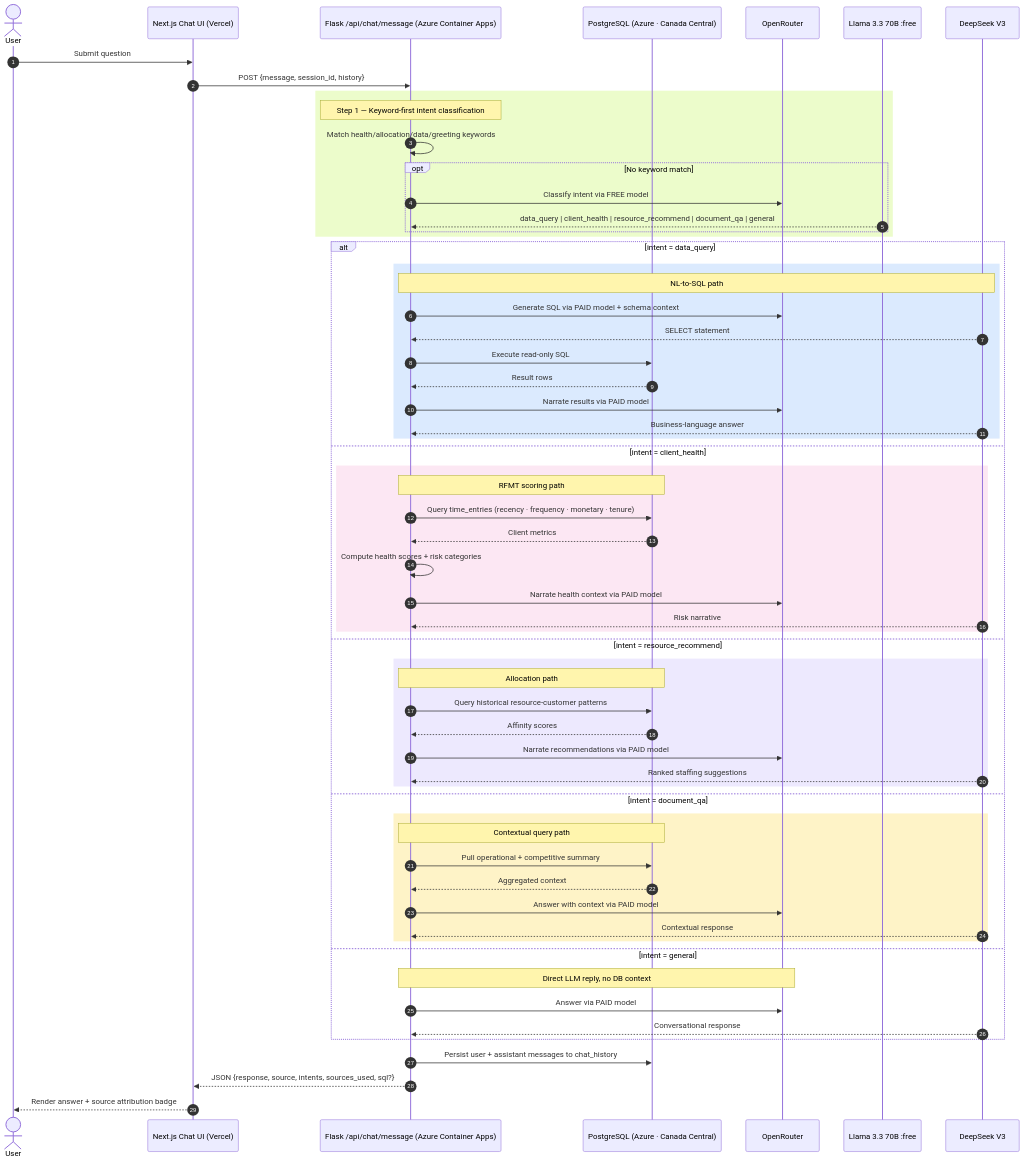
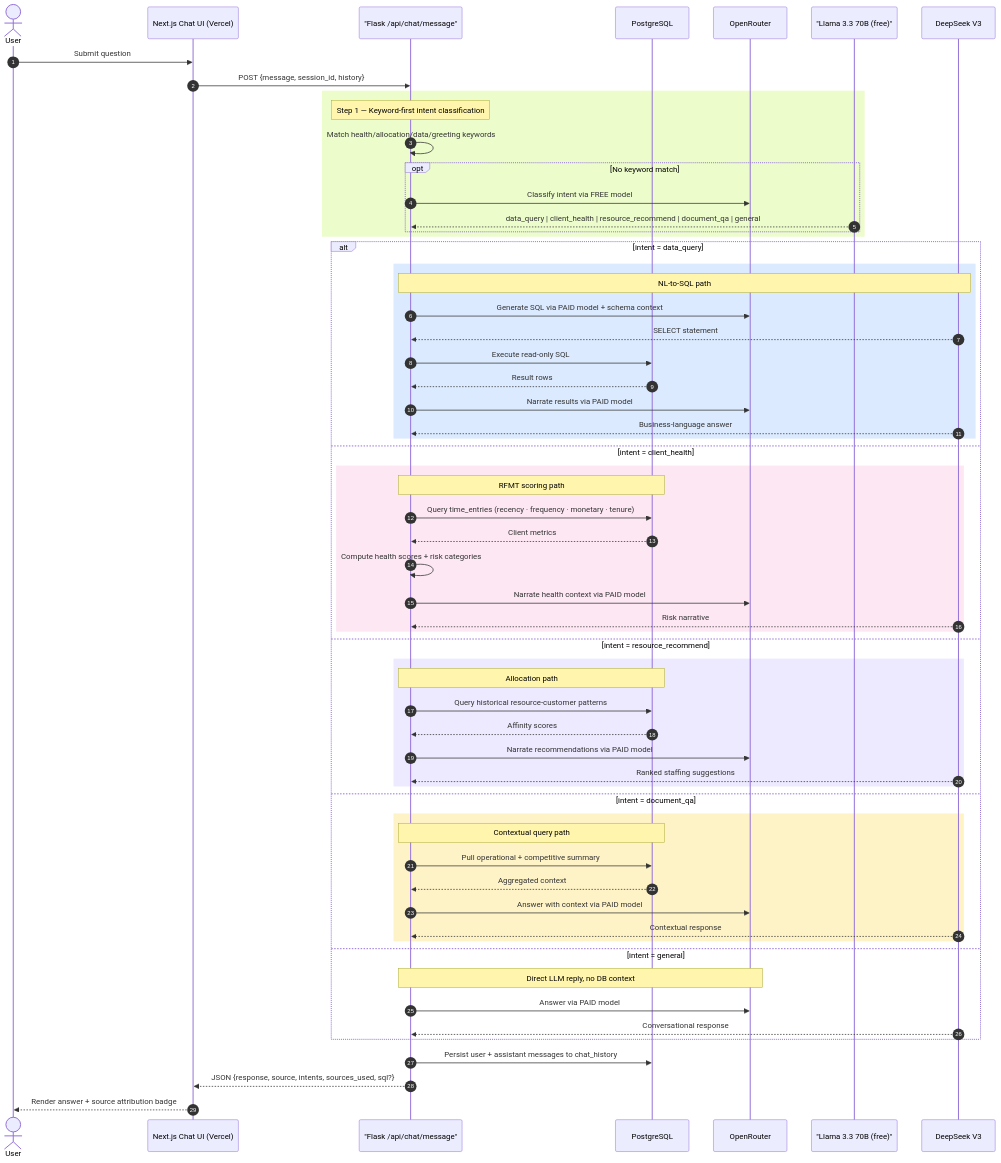
The diagram in docs/diagrams/05-chat-lifecycle.md (lawrence-dass/steeves-and-associates), drawn with Mermaid before and after one commit. The commit also changed 3 other files, not shown here.

First line of the commit message:
fix(docs): resolve Mermaid parse errors across all diagram files

````diff
--- a/docs/diagrams/05-chat-lifecycle.md
+++ b/docs/diagrams/05-chat-lifecycle.md
@@ -3,72 +3,72 @@
 ```mermaid
 sequenceDiagram
   autonumber
   actor U as User
   participant UI as Next.js Chat UI (Vercel)
-  participant API as Flask /api/chat/message (Azure Container Apps)
-  participant DB as PostgreSQL (Azure · Canada Central)
+  participant API as "Flask /api/chat/message"
+  participant DB as PostgreSQL
   participant OR as OpenRouter
-  participant FREE as Llama 3.3 70B :free
+  participant FREE as "Llama 3.3 70B (free)"
   participant PAID as DeepSeek V3
 
   U->>UI: Submit question
   UI->>API: POST {message, session_id, history}
 
   rect rgb(236, 252, 203)
     Note over API: Step 1 — Keyword-first intent classification
     API->>API: Match health/allocation/data/greeting keywords
     opt No keyword match
       API->>OR: Classify intent via FREE model
       FREE-->>API: data_query | client_health | resource_recommend | document_qa | general
     end
   end
 
   alt intent = data_query
     rect rgb(219, 234, 254)
       Note over API,PAID: NL-to-SQL path
       API->>OR: Generate SQL via PAID model + schema context
       PAID-->>API: SELECT statement
       API->>DB: Execute read-only SQL
       DB-->>API: Result rows
       API->>OR: Narrate results via PAID model
       PAID-->>API: Business-language answer
     end
 
   else intent = client_health
     rect rgb(252, 231, 243)
       Note over API,DB: RFMT scoring path
       API->>DB: Query time_entries (recency · frequency · monetary · tenure)
       DB-->>API: Client metrics
       API->>API: Compute health scores + risk categories
       API->>OR: Narrate health context via PAID model
       PAID-->>API: Risk narrative
     end
 
   else intent = resource_recommend
     rect rgb(237, 233, 254)
       Note over API,DB: Allocation path
       API->>DB: Query historical resource-customer patterns
       DB-->>API: Affinity scores
       API->>OR: Narrate recommendations via PAID model
       PAID-->>API: Ranked staffing suggestions
     end
 
   else intent = document_qa
     rect rgb(254, 243, 199)
       Note over API,DB: Contextual query path
       API->>DB: Pull operational + competitive summary
       DB-->>API: Aggregated context
       API->>OR: Answer with context via PAID model
       PAID-->>API: Contextual response
     end
 
   else intent = general
     Note over API,OR: Direct LLM reply, no DB context
     API->>OR: Answer via PAID model
     PAID-->>API: Conversational response
   end
 
   API->>DB: Persist user + assistant messages to chat_history
   API-->>UI: JSON {response, source, intents, sources_used, sql?}
   UI-->>U: Render answer + source attribution badge
 ```
````
